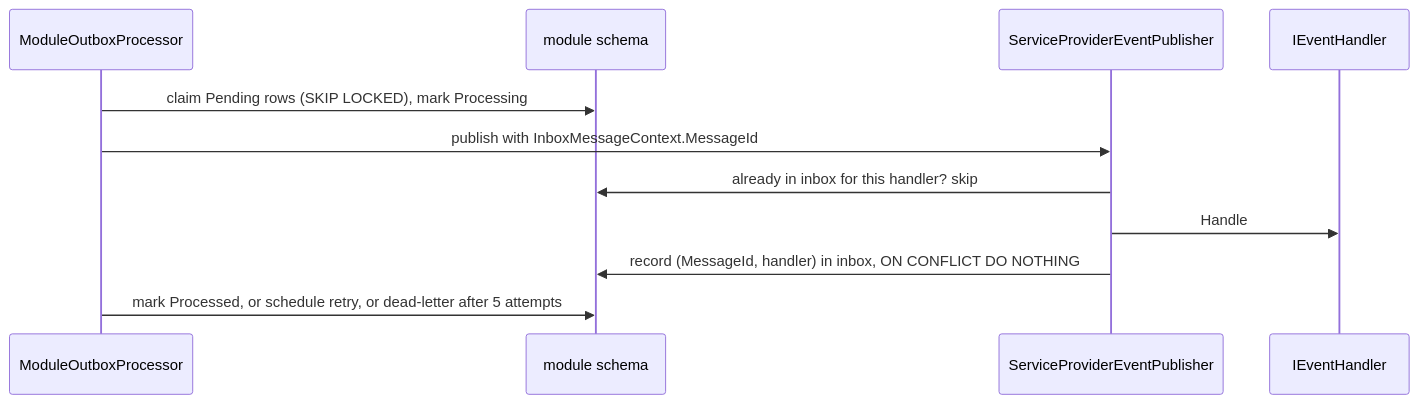
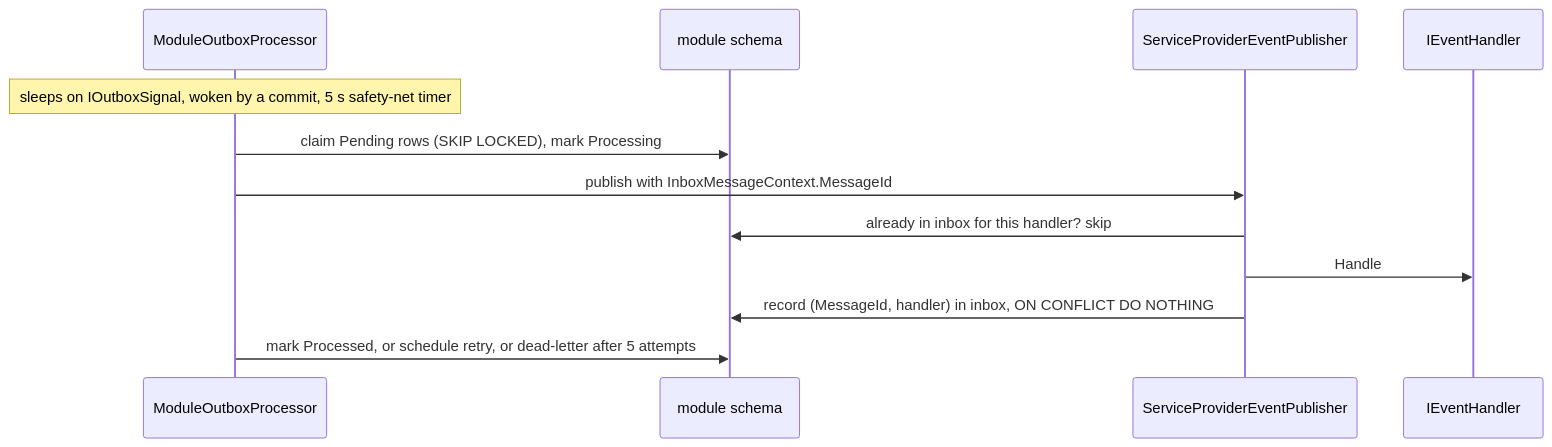
The second of 2 diagrams in src/BuildingBlocks/README.md (maysamgamini/crowdfundinghub), drawn with Mermaid before and after one commit. The commit also changed other lines of this file and 37 other files, not shown here.

````diff
--- a/src/BuildingBlocks/README.md
+++ b/src/BuildingBlocks/README.md
@@ -45,13 +45,14 @@
 ```mermaid
 sequenceDiagram
     participant P as ModuleOutboxProcessor
     participant Db as module schema
     participant Pub as ServiceProviderEventPublisher
     participant H as IEventHandler
+    Note over P: sleeps on IOutboxSignal, woken by a commit, 5 s safety-net timer
     P->>Db: claim Pending rows (SKIP LOCKED), mark Processing
     P->>Pub: publish with InboxMessageContext.MessageId
     Pub->>Db: already in inbox for this handler? skip
     Pub->>H: Handle
     Pub->>Db: record (MessageId, handler) in inbox, ON CONFLICT DO NOTHING
     P->>Db: mark Processed, or schedule retry, or dead-letter after 5 attempts
 ```
````
